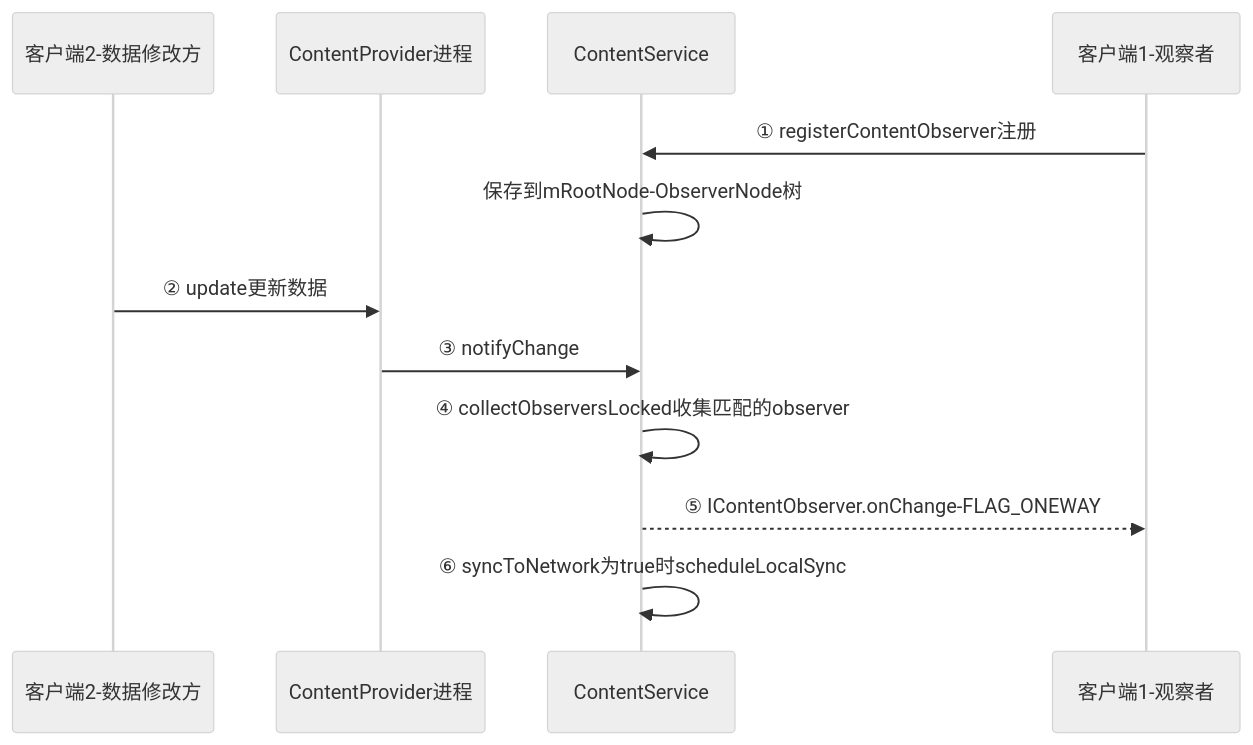
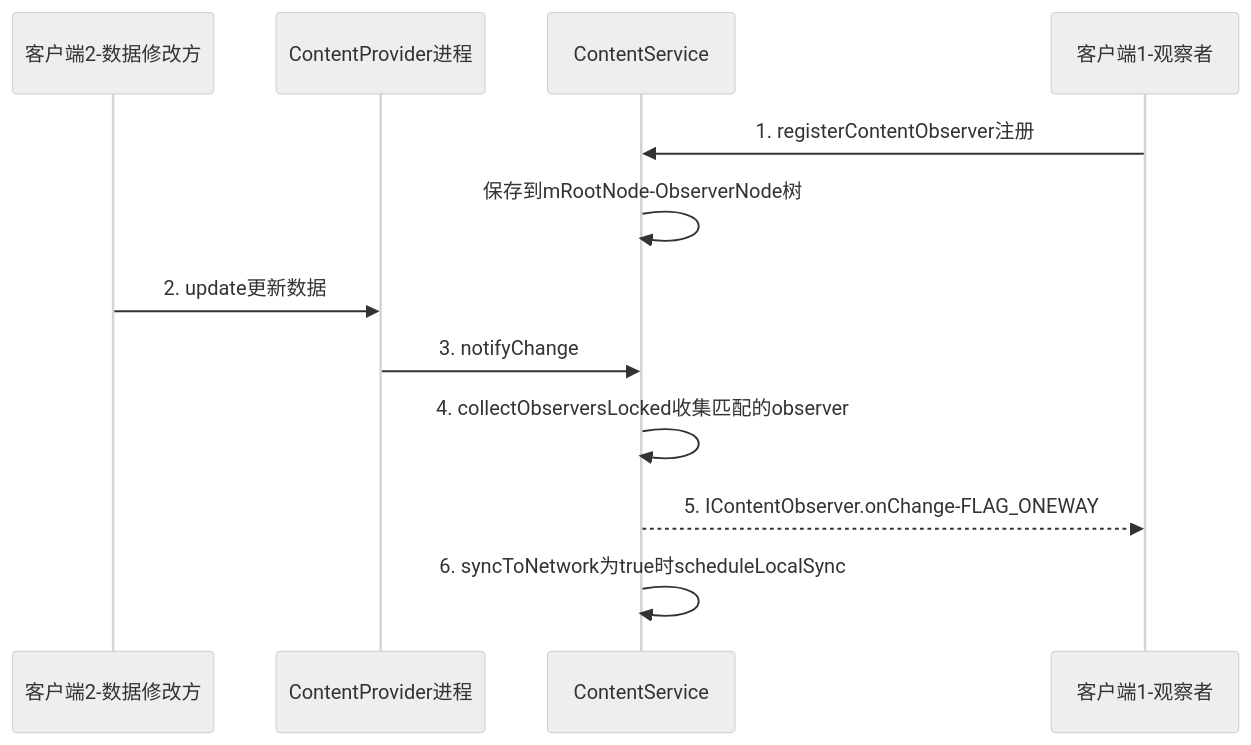
Before and after one commit to coswit/coswit.github.io: the third of 10 diagrams in Android/深入理解Android卷II/07-深入理解ContentService和AccountManagerService.md, drawn with Mermaid (neutral theme). The commit also changed other lines of this file and 15 other files, not shown here.

````diff
--- a/Android/深入理解Android卷II/07-深入理解ContentService和AccountManagerService.md
+++ b/Android/深入理解Android卷II/07-深入理解ContentService和AccountManagerService.md
@@ -243,14 +243,14 @@
 ```mermaid
 sequenceDiagram
     participant C2 as 客户端2-数据修改方
     participant CP as ContentProvider进程
     participant CS as ContentService
     participant C1 as 客户端1-观察者
-    C1->>CS: ① registerContentObserver注册
+    C1->>CS: 1. registerContentObserver注册
     CS->>CS: 保存到mRootNode-ObserverNode树
-    C2->>CP: ② update更新数据
-    CP->>CS: ③ notifyChange
-    CS->>CS: ④ collectObserversLocked收集匹配的observer
-    CS-->>C1: ⑤ IContentObserver.onChange-FLAG_ONEWAY
-    CS->>CS: ⑥ syncToNetwork为true时scheduleLocalSync
+    C2->>CP: 2. update更新数据
+    CP->>CS: 3. notifyChange
+    CS->>CS: 4. collectObserversLocked收集匹配的observer
+    CS-->>C1: 5. IContentObserver.onChange-FLAG_ONEWAY
+    CS->>CS: 6. syncToNetwork为true时scheduleLocalSync
 ```
````
